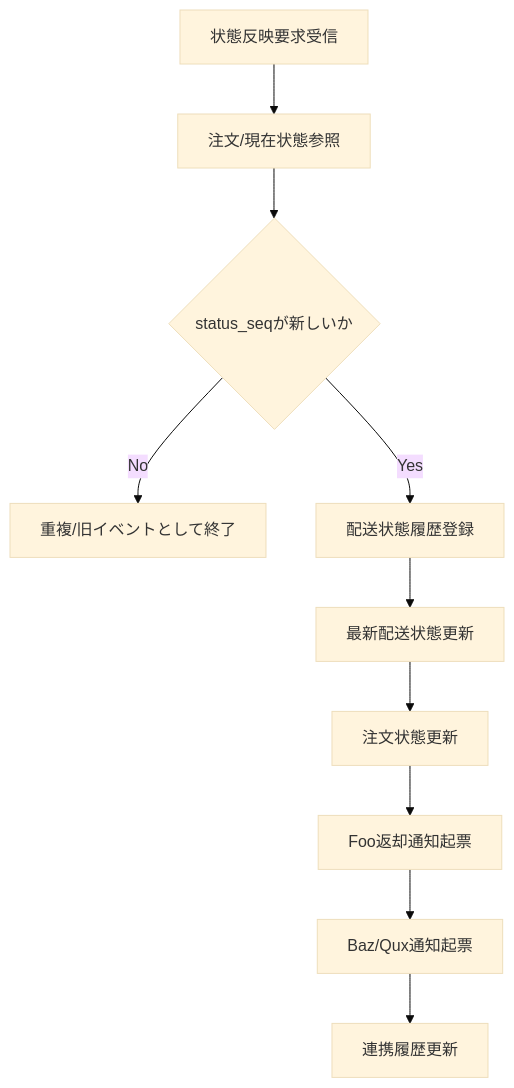
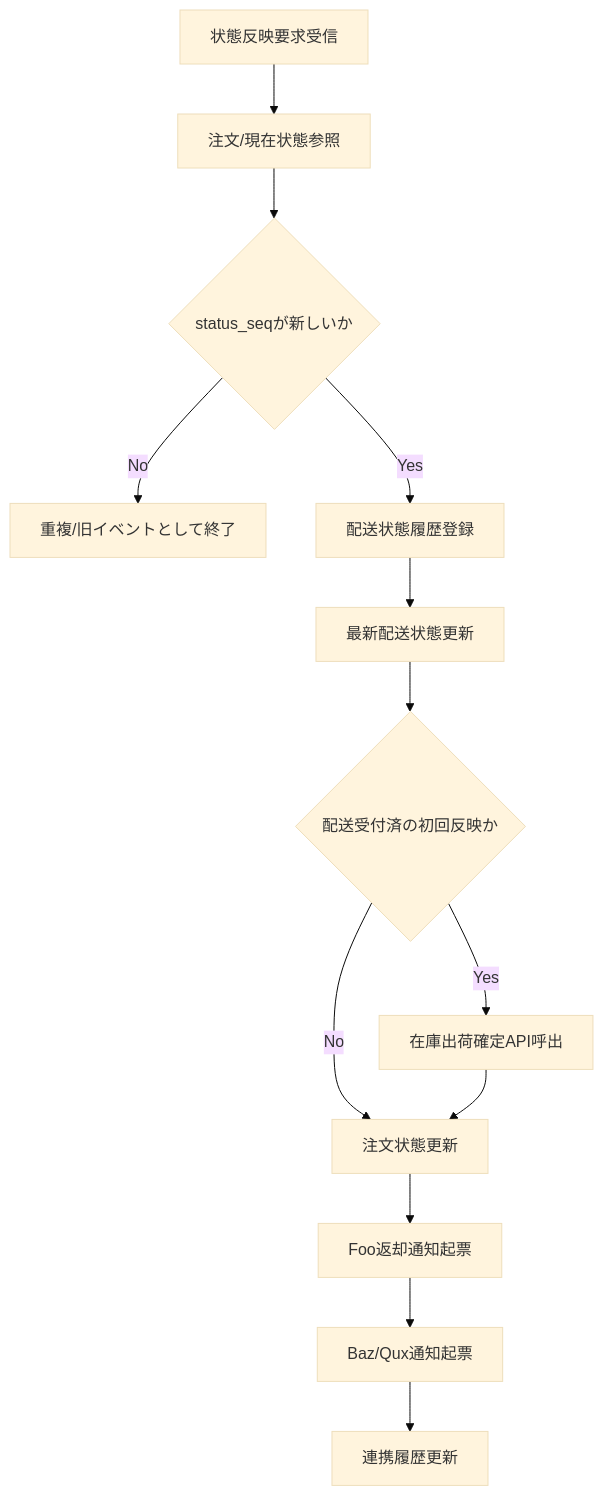
One commit to CalorieMateEater/training-project-logistics-company changed the diagram in docs/自社内部設計/業務設計/処理設計書/PDS-005_配送状態取込Worker処理設計書.md. Above: the diagram before and after it, drawn with Mermaid (base theme). The commit also changed other lines of this file and 235 other files, not shown here.

````diff
--- a/docs/自社内部設計/業務設計/処理設計書/PDS-005_配送状態取込Worker処理設計書.md
+++ b/docs/自社内部設計/業務設計/処理設計書/PDS-005_配送状態取込Worker処理設計書.md
@@ -13,12 +13,15 @@
 ```mermaid
 flowchart TD
     A[状態反映要求受信] --> B[注文/現在状態参照]
     B --> C{status_seqが新しいか}
     C -- No --> D[重複/旧イベントとして終了]
     C -- Yes --> E[配送状態履歴登録]
     E --> F[最新配送状態更新]
-    F --> G[注文状態更新]
-    G --> H[Foo返却通知起票]
-    H --> I[Baz/Qux通知起票]
-    I --> J[連携履歴更新]
+    F --> G{配送受付済の初回反映か}
+    G -- Yes --> H[在庫出荷確定API呼出]
+    G -- No --> I[注文状態更新]
+    H --> I
+    I --> J[Foo返却通知起票]
+    J --> K[Baz/Qux通知起票]
+    K --> L[連携履歴更新]
 ```
````
